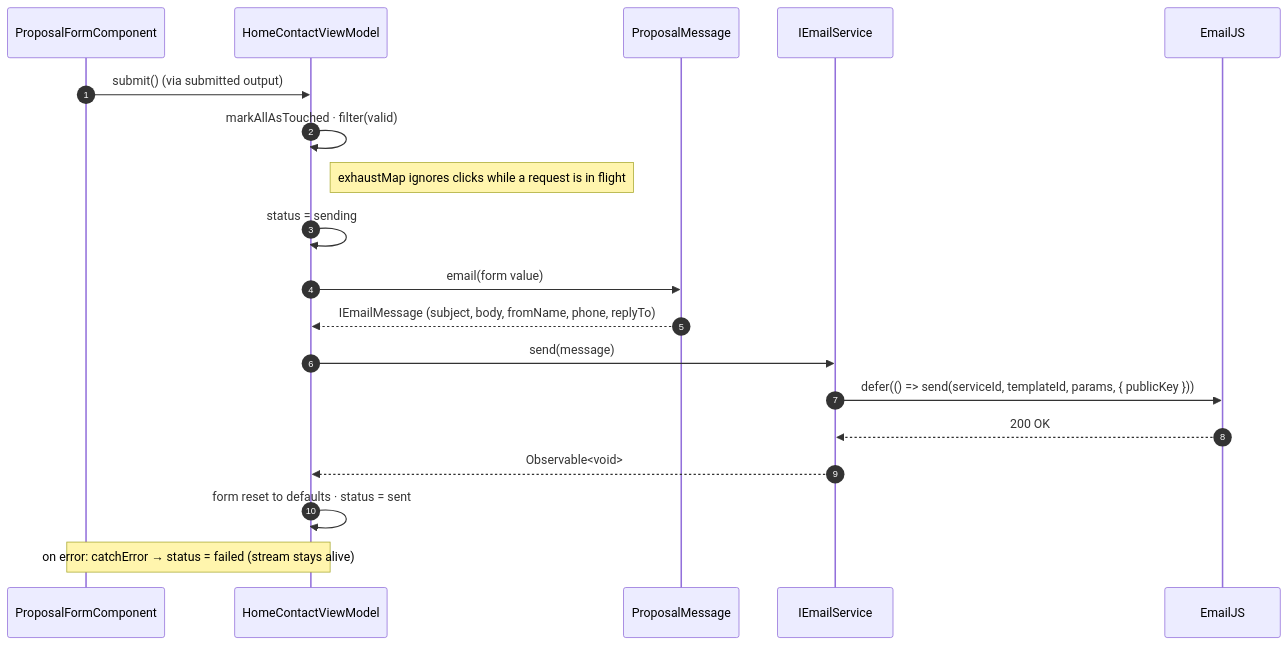
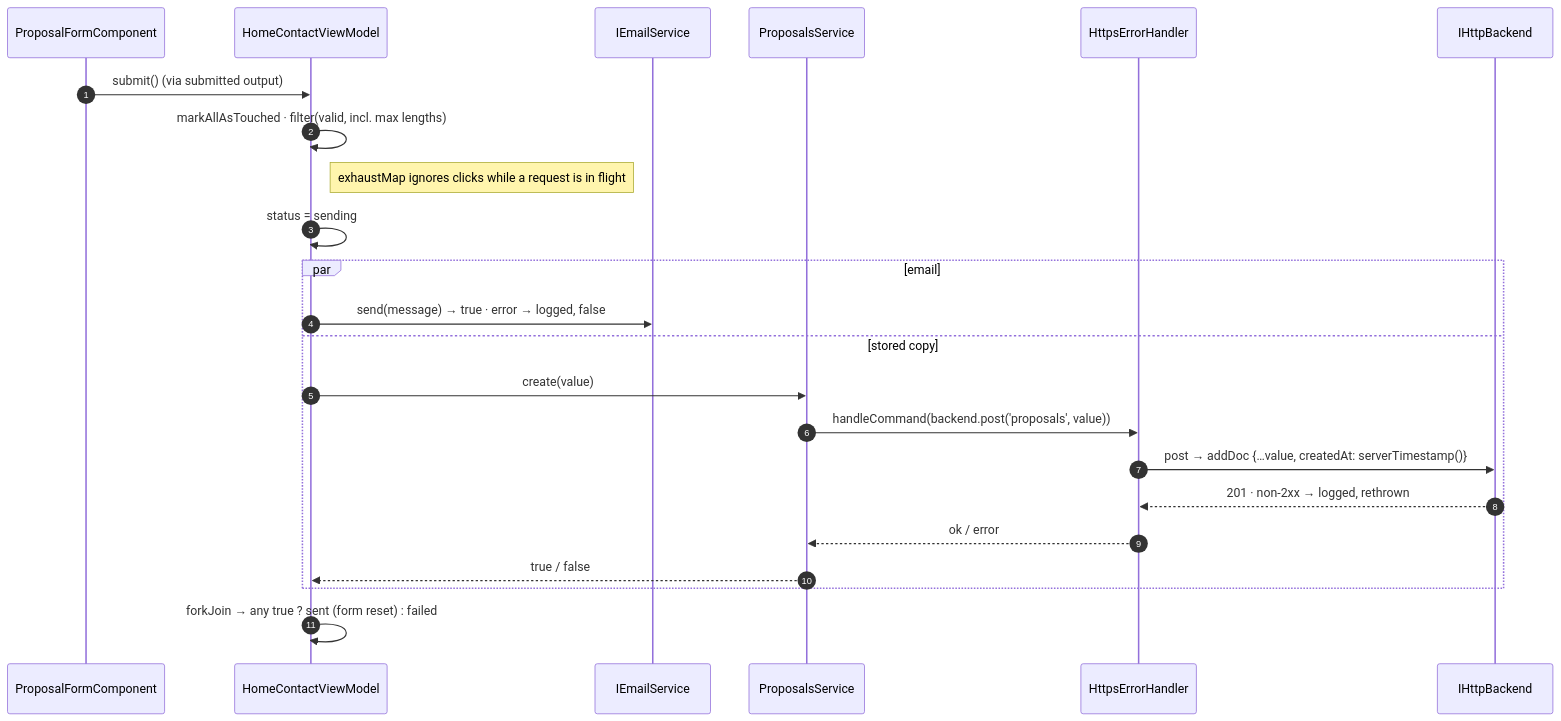
Before and after one commit to RaviAkhouri30/taalyatra: the third of 5 diagrams in docs/architecture/sequence-diagrams.md, drawn with Mermaid. The commit also changed other lines of this file and 77 other files, not shown here.

````diff
--- a/docs/architecture/sequence-diagrams.md
+++ b/docs/architecture/sequence-diagrams.md
@@ -57,22 +58,26 @@
 ```mermaid
 sequenceDiagram
   autonumber
   participant PF as ProposalFormComponent
   participant VM as HomeContactViewModel
-  participant PM as ProposalMessage
   participant E as IEmailService
-  participant EJ as EmailJS
+  participant PS as ProposalsService
+  participant EH as HttpsErrorHandler
+  participant P as IHttpBackend
 
   PF->>VM: submit() (via submitted output)
-  VM->>VM: markAllAsTouched · filter(valid)
+  VM->>VM: markAllAsTouched · filter(valid, incl. max lengths)
   Note right of VM: exhaustMap ignores clicks while a request is in flight
   VM->>VM: status = sending
-  VM->>PM: email(form value)
-  PM-->>VM: IEmailMessage (subject, body, fromName, phone, replyTo)
-  VM->>E: send(message)
-  E->>EJ: defer(() => send(serviceId, templateId, params, { publicKey }))
-  EJ-->>E: 200 OK
-  E-->>VM: Observable<void>
-  VM->>VM: form reset to defaults · status = sent
-  Note over PF,VM: on error: catchError → status = failed (stream stays alive)
+  par email
+    VM->>E: send(message) → true · error → logged, false
+  and stored copy
+    VM->>PS: create(value)
+    PS->>EH: handleCommand(backend.post('proposals', value))
+    EH->>P: post → addDoc {…value, createdAt: serverTimestamp()}
+    P-->>EH: 201 · non-2xx → logged, rethrown
+    EH-->>PS: ok / error
+    PS-->>VM: true / false
+  end
+  VM->>VM: forkJoin → any true ? sent (form reset) : failed
 ```
````
